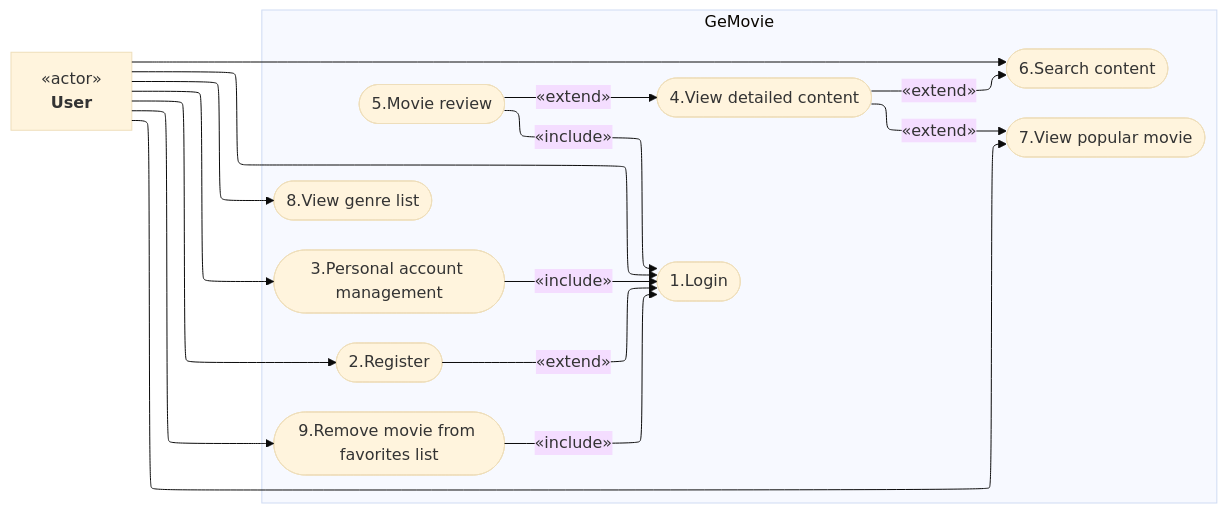
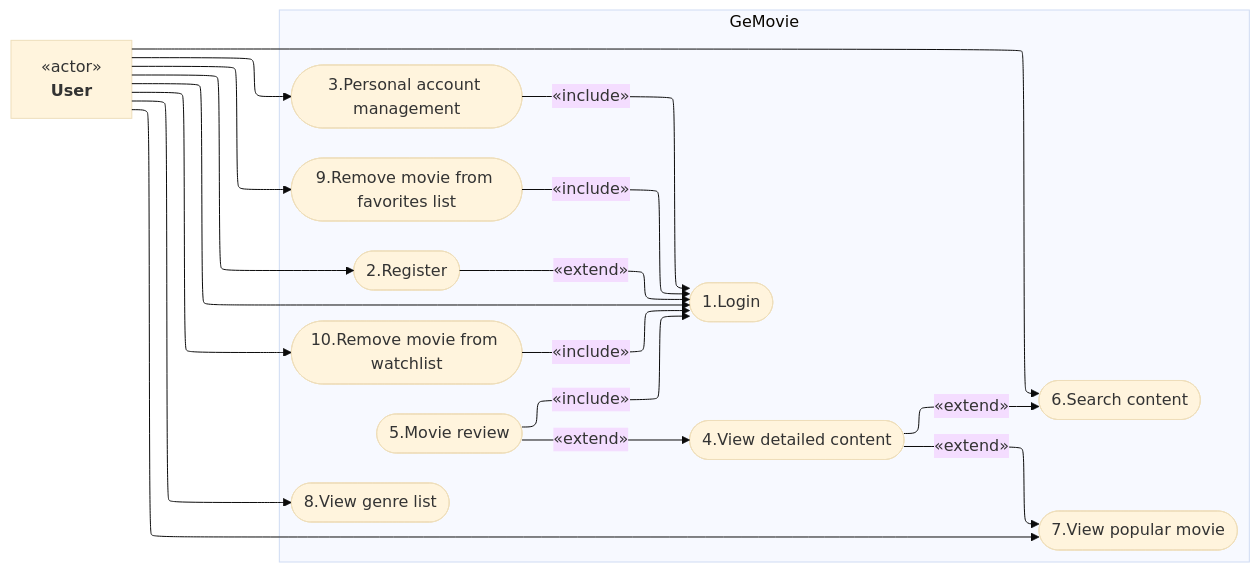
One commit to GeMiNiOranGe/GeMovie changed the diagram in docs/diagrams/usecases/functional.md. Above: the diagram before and after it, drawn with Mermaid (base theme).

Commit message:
add 1 more usecase to functional usecase

````diff
--- a/docs/diagrams/usecases/functional.md
+++ b/docs/diagrams/usecases/functional.md
@@ -4,34 +4,37 @@
 ```mermaid
 flowchart LR
     %%{init: {"flowchart": {"defaultRenderer": "elk"}} }%%
 
     actor1["`«actor»<br/>**User**`"]
 
     subgraph GeMovie
         uc1([1.Login])
         uc2([2.Register])
         uc3([3.Personal account management])
         uc4([4.View detailed content])
         uc5([5.Movie review])
         uc6([6.Search content])
         uc7([7.View popular movie])
         uc8([8.View genre list])
         uc9([9.Remove movie from favorites list])
+        uc10([10.Remove movie from watchlist])
     end
 
     actor1 --> uc1
     actor1 --> uc2
     actor1 --> uc3
     actor1 --> uc6
     actor1 --> uc7
     actor1 --> uc8
     actor1 --> uc9
+    actor1 --> uc10
 
     uc2 -->|«extend»| uc1
     uc3 -->|«include»| uc1
     uc9 -->|«include»| uc1
+    uc10 -->|«include»| uc1
     uc5 -->|«include»| uc1
     uc5 -->|«extend»| uc4
     uc4 -->|«extend»| uc6
     uc4 -->|«extend»| uc7
 ```
````
